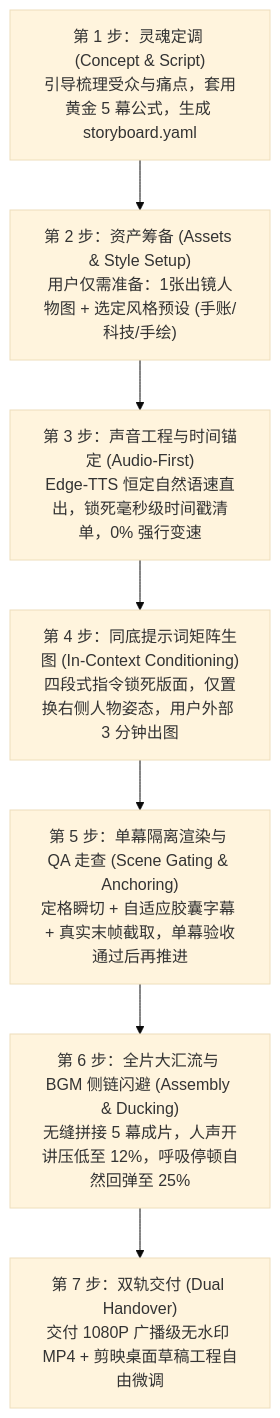
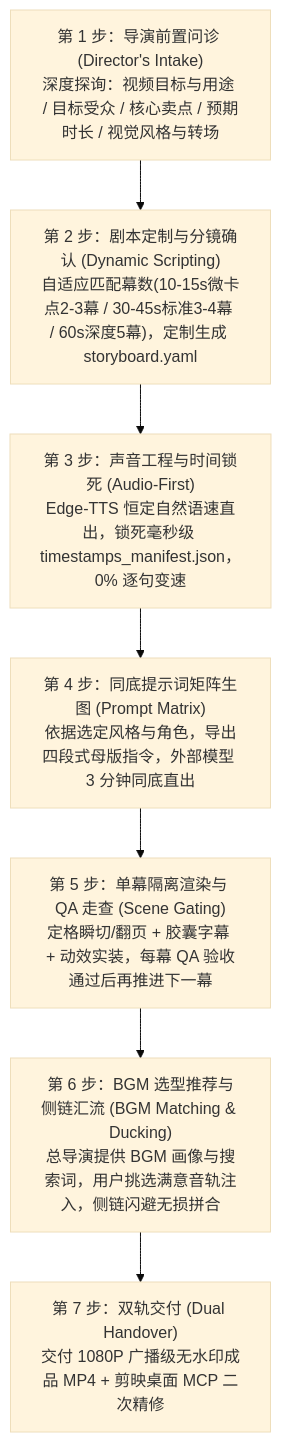
Before and after one commit to Bruceqiu67/human-ai-video-director: the diagram in .gemini/skills/human-ai-video-director/SKILL.md, drawn with Mermaid (base theme). The commit also changed other lines of this file and 2 other files, not shown here.

Commit message:
docs: establish director intake protocol, dynamic acts, style selection and BGM recommendation workflow

````diff
--- a/.gemini/skills/human-ai-video-director/SKILL.md
+++ b/.gemini/skills/human-ai-video-director/SKILL.md
@@ -20,10 +20,10 @@
 ```mermaid
 flowchart TD
-    S1["第 1 步：灵魂定调 (Concept & Script)<br/>引导梳理受众与痛点，套用黄金 5 幕公式，生成 storyboard.yaml"] --> S2
-    S2["第 2 步：资产筹备 (Assets & Style Setup)<br/>用户仅需准备：1张出镜人物图 + 选定风格预设 (手账/科技/手绘)"] --> S3
-    S3["第 3 步：声音工程与时间锚定 (Audio-First)<br/>Edge-TTS 恒定自然语速直出，锁死毫秒级时间戳清单，0% 强行变速"] --> S4
-    S4["第 4 步：同底提示词矩阵生图 (In-Context Conditioning)<br/>四段式指令锁死版面，仅置换右侧人物姿态，用户外部 3 分钟出图"] --> S5
-    S5["第 5 步：单幕隔离渲染与 QA 走查 (Scene Gating & Anchoring)<br/>定格瞬切 + 自适应胶囊字幕 + 真实末帧截取，单幕验收通过后再推进"] --> S6
-    S6["第 6 步：全片大汇流与 BGM 侧链闪避 (Assembly & Ducking)<br/>无缝拼接 5 幕成片，人声开讲压低至 12%，呼吸停顿自然回弹至 25%"] --> S7
-    S7["第 7 步：双轨交付 (Dual Handover)<br/>交付 1080P 广播级无水印 MP4 + 剪映桌面草稿工程自由微调"]
+    S0["第 1 步：导演前置问诊 (Director's Intake)<br/>深度探询：视频目标与用途 / 目标受众 / 核心卖点 / 预期时长 / 视觉风格与转场"] --> S1
+    S1["第 2 步：剧本定制与分镜确认 (Dynamic Scripting)<br/>自适应匹配幕数(10-15s微卡点2-3幕 / 30-45s标准3-4幕 / 60s深度5幕)，定制生成 storyboard.yaml"] --> S2
+    S2["第 3 步：声音工程与时间锁死 (Audio-First)<br/>Edge-TTS 恒定自然语速直出，锁死毫秒级 timestamps_manifest.json，0% 逐句变速"] --> S3
+    S3["第 4 步：同底提示词矩阵生图 (Prompt Matrix)<br/>依据选定风格与角色，导出四段式母版指令，外部模型 3 分钟同底直出"] --> S4
+    S4["第 5 步：单幕隔离渲染与 QA 走查 (Scene Gating)<br/>定格瞬切/翻页 + 胶囊字幕 + 动效实装，每幕 QA 验收通过后再推进下一幕"] --> S5
+    S5["第 6 步：BGM 选型推荐与侧链汇流 (BGM Matching & Ducking)<br/>总导演提供 BGM 画像与搜索词，用户挑选满意音轨注入，侧链闪避无损拼合"] --> S6
+    S6["第 7 步：双轨交付 (Dual Handover)<br/>交付 1080P 广播级无水印成品 MP4 + 剪映桌面 MCP 二次精修"]
 ```
````
